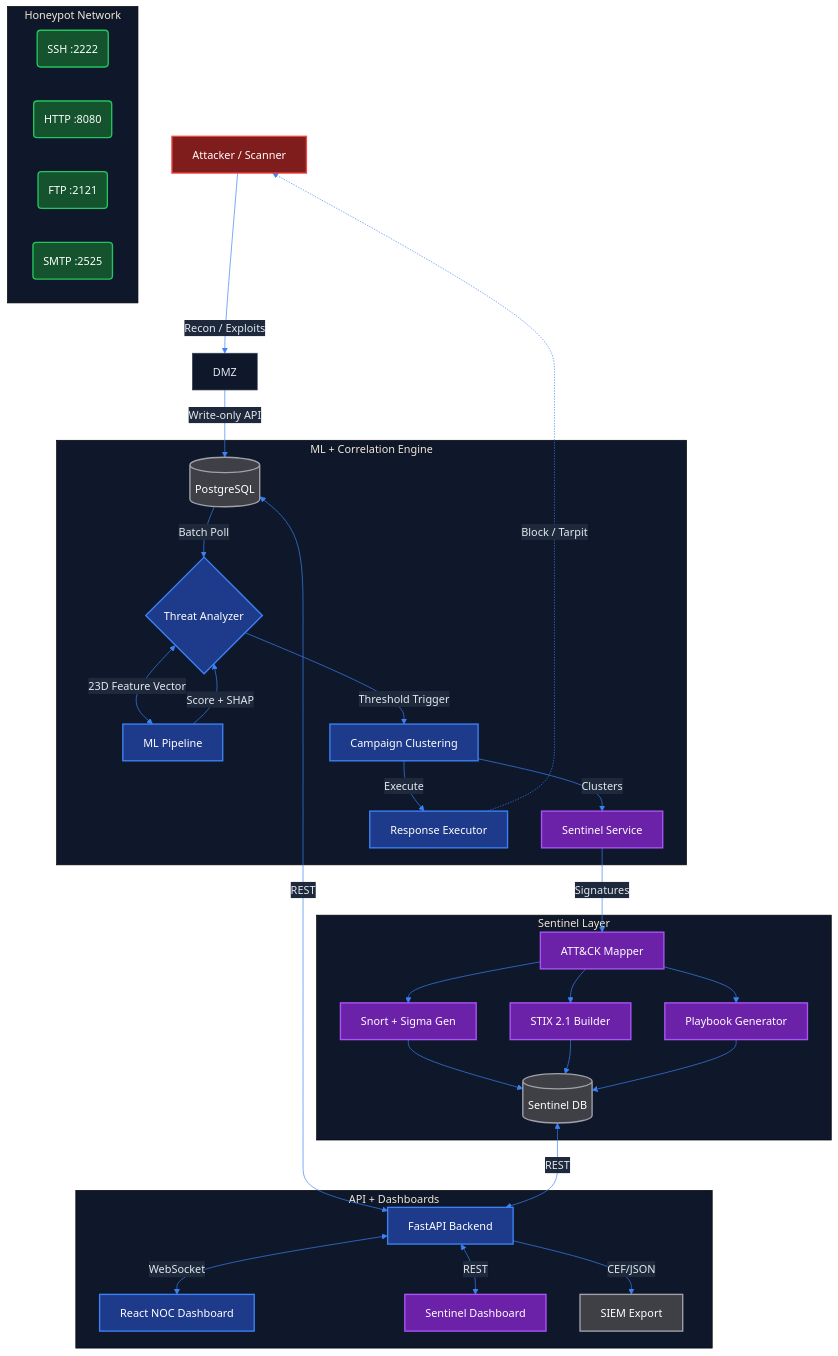
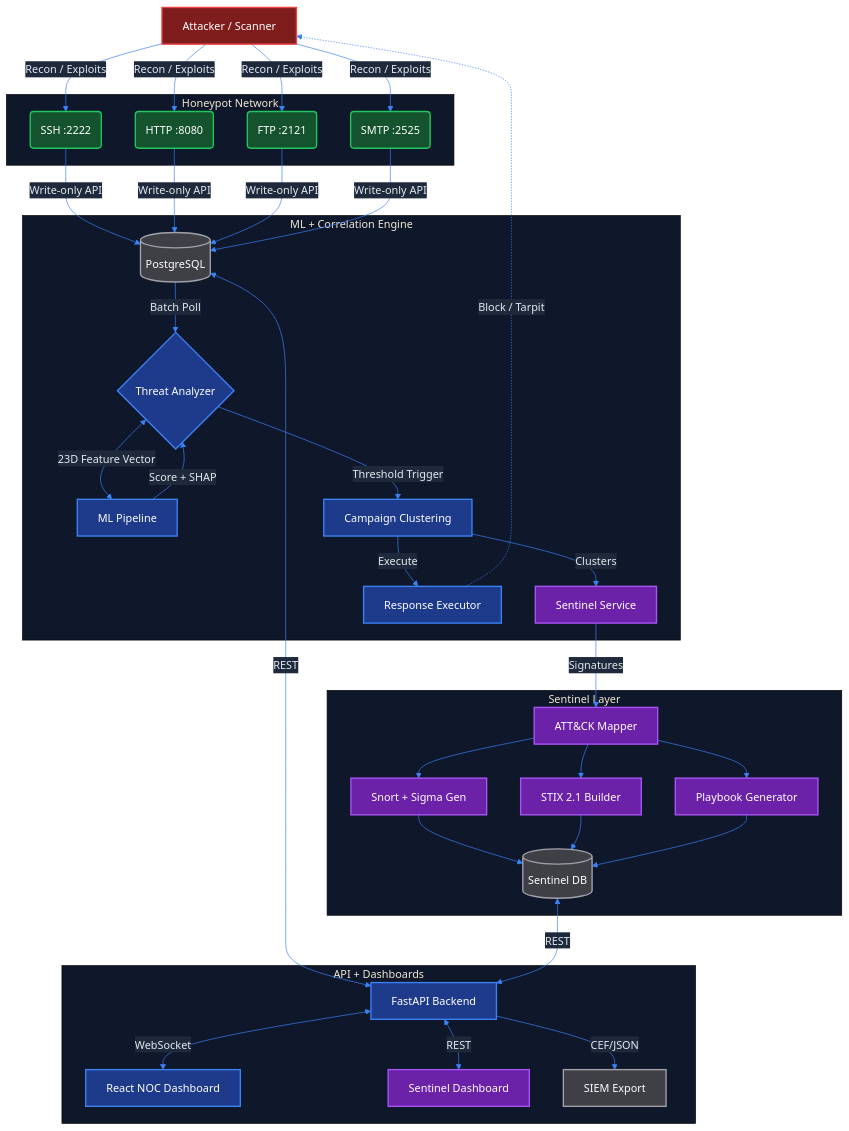
Before and after one commit to VivekanandaReddy2006/PhantomNet: the diagram in README.md, drawn with Mermaid. The commit also changed other lines of this file, not shown here.

````diff
--- a/README.md
+++ b/README.md
@@ -115,50 +111,56 @@
 ```mermaid
 %%{init: {'theme': 'base', 'themeVariables': { 'primaryColor': '#0f172a', 'primaryTextColor': '#e2e8f0', 'primaryBorderColor': '#334155', 'lineColor': '#3b82f6', 'secondaryColor': '#1e293b', 'tertiaryColor': '#0f172a'}}}%%
 graph TD
     classDef external fill:#7f1d1d,stroke:#ef4444,stroke-width:2px,color:#fff;
     classDef honeypot fill:#14532d,stroke:#22c55e,stroke-width:2px,color:#fff;
     classDef core fill:#1e3a8a,stroke:#3b82f6,stroke-width:2px,color:#fff;
     classDef data fill:#3f3f46,stroke:#a1a1aa,stroke-width:2px,color:#fff;
     classDef sentinel fill:#6b21a8,stroke:#a855f7,stroke-width:2px,color:#fff;
 
-    Attacker[Attacker / Scanner]:::external -->|Recon / Exploits| DMZ
-    
-    subgraph Deception Mesh ["Honeypot Network"]
+    Attacker[Attacker / Scanner]:::external -->|Recon / Exploits| SSH
+    Attacker -->|Recon / Exploits| HTTP
+    Attacker -->|Recon / Exploits| FTP
+    Attacker -->|Recon / Exploits| SMTP
+
+    subgraph DeceptionMesh ["Honeypot Network"]
         SSH(SSH :2222):::honeypot
         HTTP(HTTP :8080):::honeypot
         FTP(FTP :2121):::honeypot
         SMTP(SMTP :2525):::honeypot
     end
 
-    DMZ -->|Write-only API| DB[(PostgreSQL)]:::data
-    
-    subgraph Intelligence Engine ["ML + Correlation Engine"]
+    SSH -->|Write-only API| DB[(PostgreSQL)]:::data
+    HTTP -->|Write-only API| DB
+    FTP -->|Write-only API| DB
+    SMTP -->|Write-only API| DB
+
+    subgraph IntelligenceEngine ["ML + Correlation Engine"]
         DB -->|Batch Poll| Analyzer{Threat Analyzer}:::core
         Analyzer <-->|23D Feature Vector| ML[ML Pipeline]:::core
         ML -->|Score + SHAP| Analyzer
         Analyzer -->|Threshold Trigger| Correlation[Campaign Clustering]:::core
         Correlation -->|Clusters| SentinelSvc[Sentinel Service]:::sentinel
         Correlation -->|Execute| Playbook[Response Executor]:::core
     end
 
-    subgraph Sentinel Pipeline ["Sentinel Layer"]
+    subgraph SentinelPipeline ["Sentinel Layer"]
         SentinelSvc -->|Signatures| MITRE[ATT&CK Mapper]:::sentinel
         MITRE --> RuleGen[Snort + Sigma Gen]:::sentinel
         MITRE --> STIXGen[STIX 2.1 Builder]:::sentinel
         MITRE --> PBGen[Playbook Generator]:::sentinel
         RuleGen --> SentinelDB[(Sentinel DB)]:::data
         STIXGen --> SentinelDB
         PBGen --> SentinelDB
     end
-    
+
     Playbook -.->|Block / Tarpit| Attacker
-    
+
     subgraph Operations ["API + Dashboards"]
         API[FastAPI Backend]:::core
         DB <-->|REST| API
         SentinelDB <-->|REST| API
         API <-->|WebSocket| Dashboard[React NOC Dashboard]:::core
         API <-->|REST| SentinelUI[Sentinel Dashboard]:::sentinel
         API -->|CEF/JSON| SIEM[SIEM Export]:::data
     end
 ```
````
